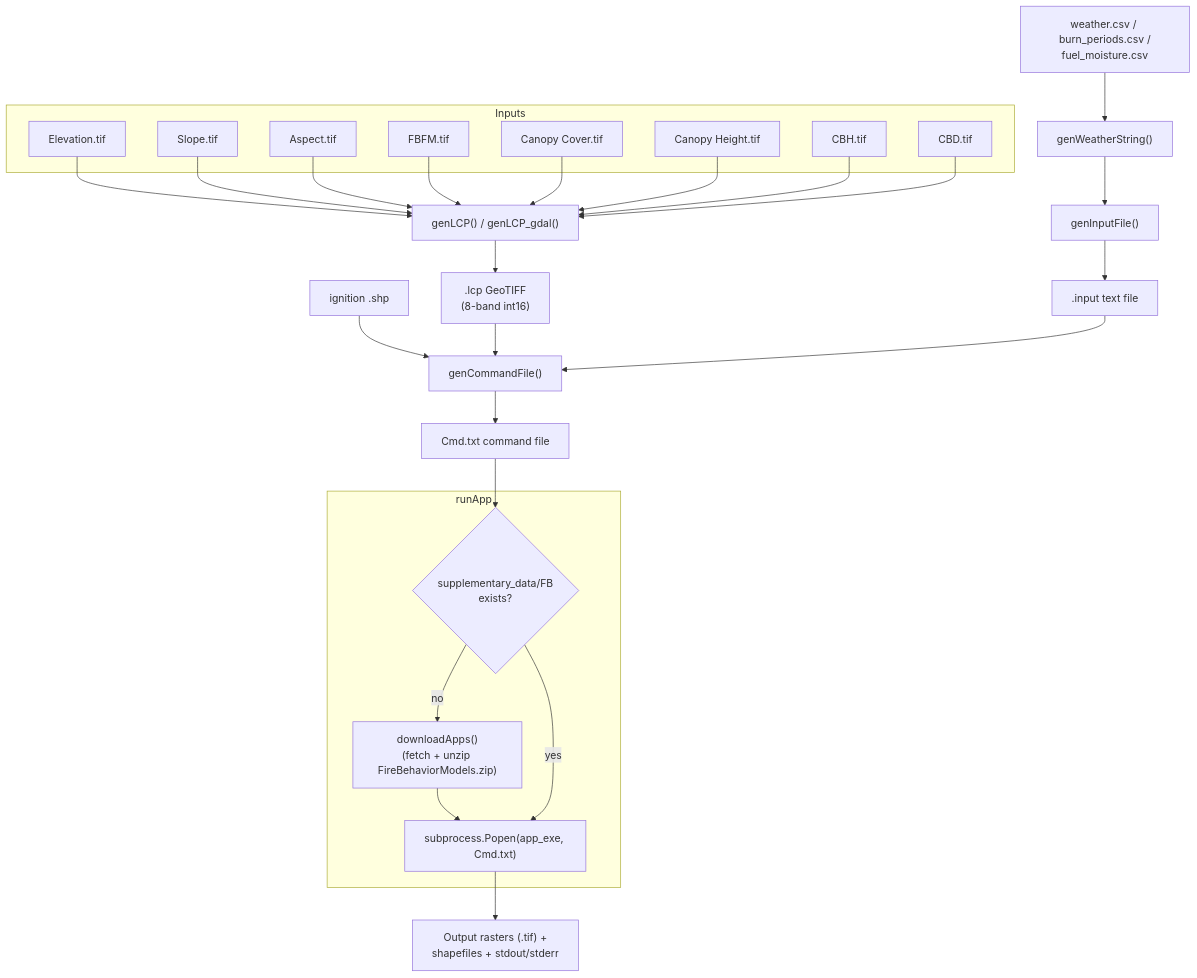
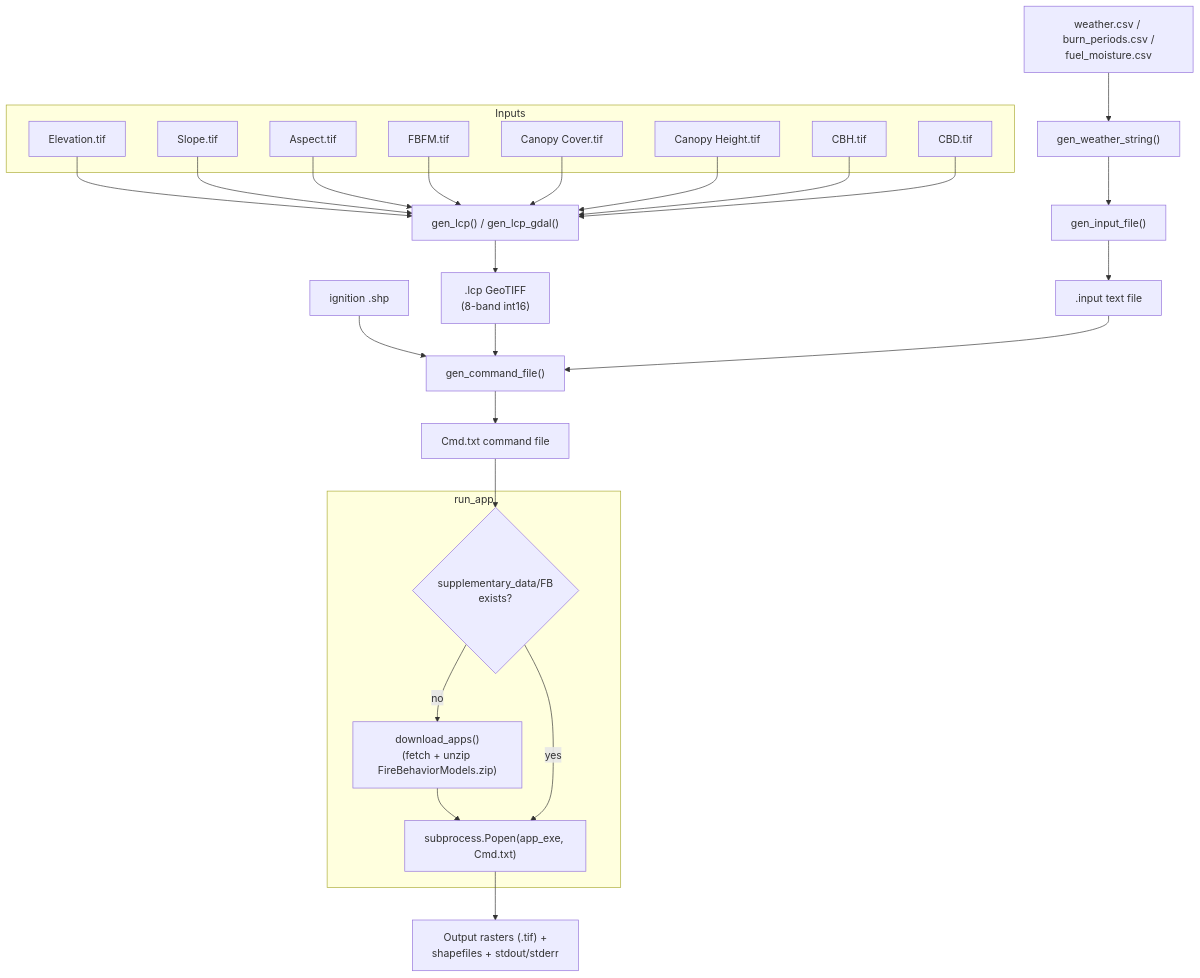
The diagram in docs/CODEBASE.md (gagreene/US_FireModelling_Automation), drawn with Mermaid before and after one commit. The commit also changed other lines of this file and 6 other files, not shown here.

````diff
--- a/docs/CODEBASE.md
+++ b/docs/CODEBASE.md
@@ -62,35 +62,35 @@
 ```mermaid
 flowchart TD
     subgraph Inputs
         R1[Elevation.tif]
         R2[Slope.tif]
         R3[Aspect.tif]
         R4[FBFM.tif]
         R5[Canopy Cover.tif]
         R6[Canopy Height.tif]
         R7[CBH.tif]
         R8[CBD.tif]
     end
 
-    R1 & R2 & R3 & R4 & R5 & R6 & R7 & R8 --> GENLCP["genLCP() / genLCP_gdal()"]
+    R1 & R2 & R3 & R4 & R5 & R6 & R7 & R8 --> GENLCP["gen_lcp() / gen_lcp_gdal()"]
     GENLCP --> LCP[".lcp GeoTIFF\n(8-band int16)"]
 
-    WX["weather.csv / burn_periods.csv /\nfuel_moisture.csv"] --> GWS["genWeatherString()"]
-    GWS --> GIF["genInputFile()"]
+    WX["weather.csv / burn_periods.csv /\nfuel_moisture.csv"] --> GWS["gen_weather_string()"]
+    GWS --> GIF["gen_input_file()"]
     GIF --> INPUT[".input text file"]
 
-    IGN["ignition .shp"] --> GCF["genCommandFile()"]
+    IGN["ignition .shp"] --> GCF["gen_command_file()"]
     LCP --> GCF
     INPUT --> GCF
     GCF --> CMD["Cmd.txt command file"]
 
-    subgraph runApp
+    subgraph run_app
         CHECK{"supplementary_data/FB\nexists?"}
-        CHECK -- no --> DL["downloadApps()\n(fetch + unzip FireBehaviorModels.zip)"]
+        CHECK -- no --> DL["download_apps()\n(fetch + unzip FireBehaviorModels.zip)"]
         DL --> EXE
         CHECK -- yes --> EXE["subprocess.Popen(app_exe, Cmd.txt)"]
     end
 
     CMD --> CHECK
     EXE --> OUT["Output rasters (.tif) +\nshapefiles + stdout/stderr"]
 ```
````
